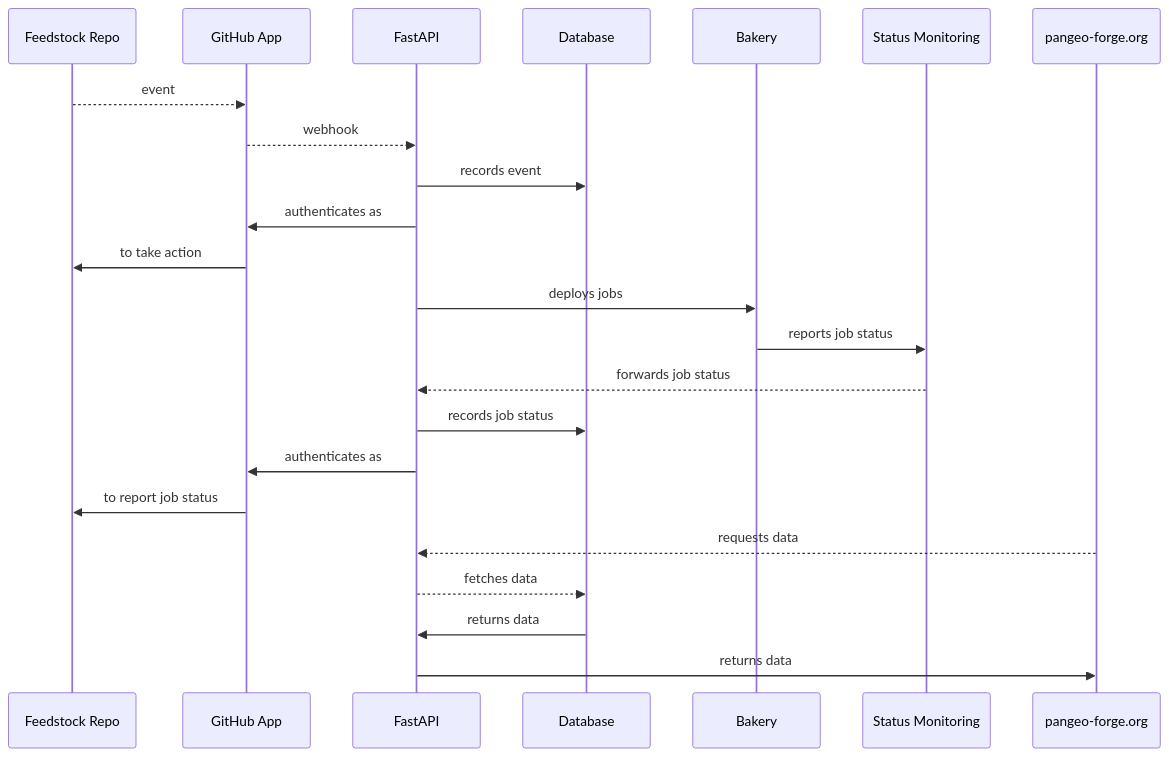
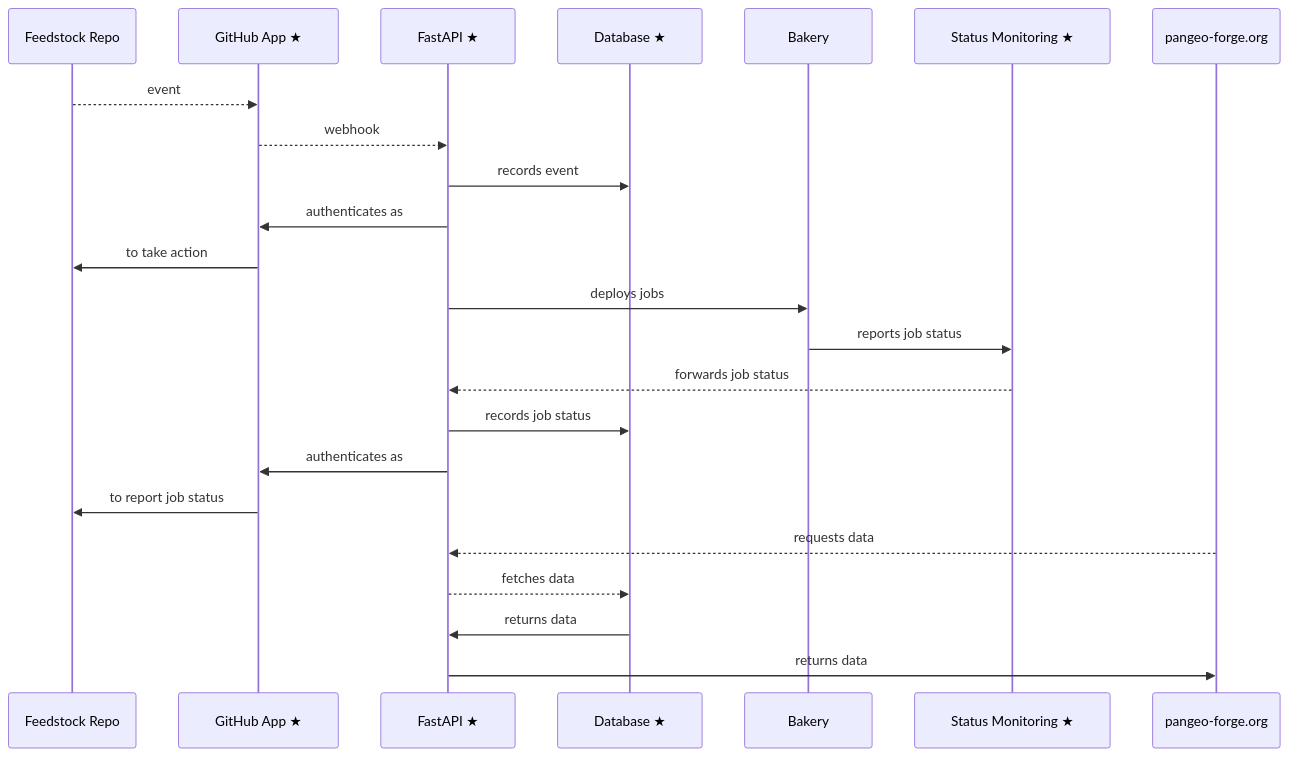
The second of 3 diagrams in docs/README.md (pangeo-forge/pangeo-forge-orchestrator), drawn with Mermaid before and after one commit. The commit also changed other lines of this file, not shown here.

Commit message:
dev docs WIP

````diff
--- a/docs/README.md
+++ b/docs/README.md
@@ -44,18 +46,19 @@
 ```mermaid
 sequenceDiagram
-    Feedstock Repo-->>GitHub App: event
-    GitHub App-->>FastAPI: webhook
-    FastAPI->>Database: records event
-    FastAPI->>GitHub App: authenticates as
-    GitHub App->>Feedstock Repo: to take action
-    FastAPI->>Bakery: deploys jobs
-    Bakery->>Status Monitoring: reports job status
-    Status Monitoring-->>FastAPI: forwards job status
-    FastAPI->>Database: records job status
-    FastAPI->>GitHub App: authenticates as
-    GitHub App->>Feedstock Repo: to report job status
-    pangeo-forge.org-->>FastAPI: requests data
-    FastAPI-->>Database: fetches data
-    Database->>FastAPI: returns data
-    FastAPI->>pangeo-forge.org: returns data
+
+    Feedstock Repo-->>GitHub App #9733;: event
+    GitHub App #9733;-->>FastAPI #9733;: webhook
+    FastAPI #9733;->>Database #9733;: records event
+    FastAPI #9733;->>GitHub App #9733;: authenticates as
+    GitHub App #9733;->>Feedstock Repo: to take action
+    FastAPI #9733;->>Bakery: deploys jobs
+    Bakery->>Status Monitoring #9733;: reports job status
+    Status Monitoring #9733;-->>FastAPI #9733;: forwards job status
+    FastAPI #9733;->>Database #9733;: records job status
+    FastAPI #9733;->>GitHub App #9733;: authenticates as
+    GitHub App #9733;->>Feedstock Repo: to report job status
+    pangeo-forge.org-->>FastAPI #9733;: requests data
+    FastAPI #9733;-->>Database #9733;: fetches data
+    Database #9733;->>FastAPI #9733;: returns data
+    FastAPI #9733;->>pangeo-forge.org: returns data
 ```
````
